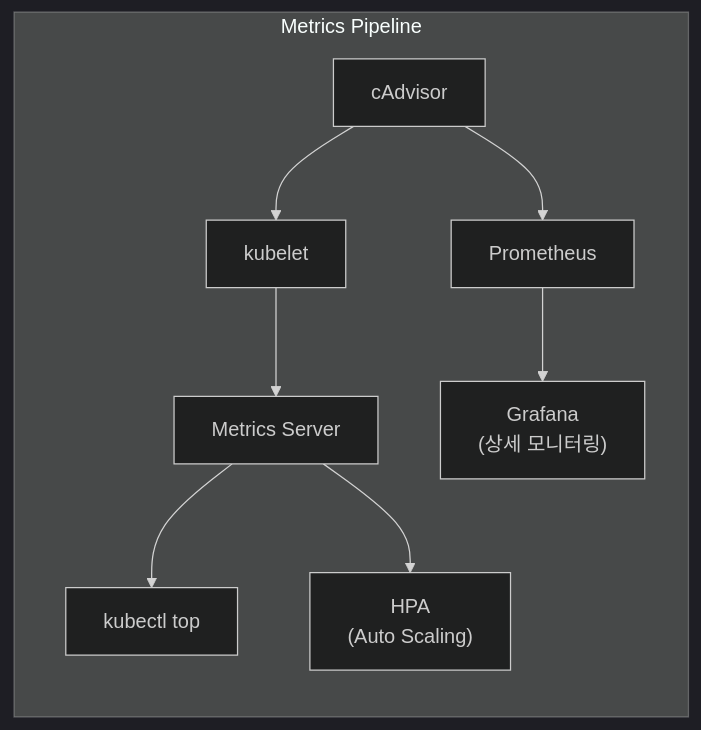
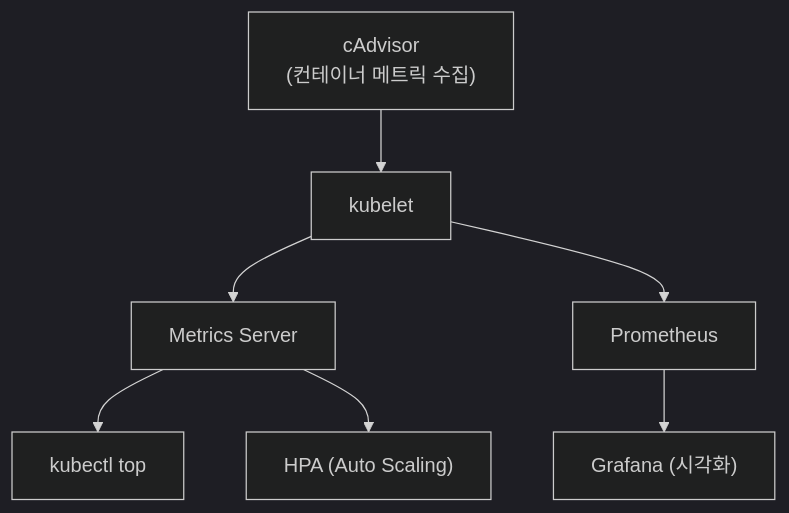
Before and after one commit to K-Diger/k-diger.github.io: the first of 2 diagrams in _posts/2026-01-11-kubernetes-21-monitoring.md, drawn with Mermaid (dark theme). The commit also changed 13 other files, not shown here.

````diff
--- a/_posts/2026-01-11-kubernetes-21-monitoring.md
+++ b/_posts/2026-01-11-kubernetes-21-monitoring.md
@@ -15,16 +15,19 @@
 ```mermaid
-flowchart LR
-    subgraph pipeline["Metrics Pipeline"]
-        cadvisor["cAdvisor"]
-        kubelet["kubelet"]
-        metrics["Metrics Server"]
-        top["kubectl top"]
-        hpa["HPA<br/>(Auto Scaling)"]
-        prom["Prometheus"]
-        grafana["Grafana<br/>(상세 모니터링)"]
+flowchart TB
+    cadvisor["cAdvisor<br/>(컨테이너 메트릭 수집)"]
+    kubelet["kubelet"]
+    metrics["Metrics Server"]
+    prom["Prometheus"]
 
-        cadvisor --> kubelet --> metrics --> top
-        metrics --> hpa
-        cadvisor --> prom --> grafana
-    end
+    top["kubectl top"]
+    hpa["HPA (Auto Scaling)"]
+    grafana["Grafana (시각화)"]
+
+    cadvisor --> kubelet
+    kubelet --> metrics
+    kubelet --> prom
+
+    metrics --> top
+    metrics --> hpa
+    prom --> grafana
 ```
````
